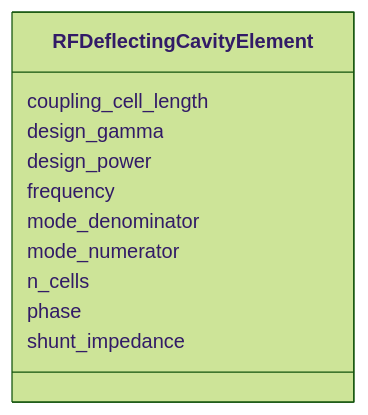
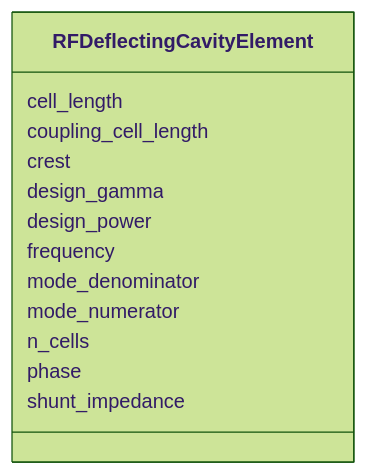
The diagram in docs/source/schema/RFDeflectingCavityElement.md (astec-stfc/laura), drawn with Mermaid (forest theme) before and after one commit. The commit also changed other lines of this file and 330 other files, not shown here.

Commit message:
Rationalising the schema and objects

````diff
--- a/docs/source/schema/RFDeflectingCavityElement.md
+++ b/docs/source/schema/RFDeflectingCavityElement.md
@@ -23,24 +23,28 @@
 ```mermaid
  classDiagram
     class RFDeflectingCavityElement
     click RFDeflectingCavityElement href "../RFDeflectingCavityElement/"
+      RFDeflectingCavityElement : cell_length
+        
       RFDeflectingCavityElement : coupling_cell_length
+        
+      RFDeflectingCavityElement : crest
         
       RFDeflectingCavityElement : design_gamma
         
       RFDeflectingCavityElement : design_power
         
       RFDeflectingCavityElement : frequency
         
       RFDeflectingCavityElement : mode_denominator
         
       RFDeflectingCavityElement : mode_numerator
         
       RFDeflectingCavityElement : n_cells
         
       RFDeflectingCavityElement : phase
         
       RFDeflectingCavityElement : shunt_impedance
         
       
 ```
````
